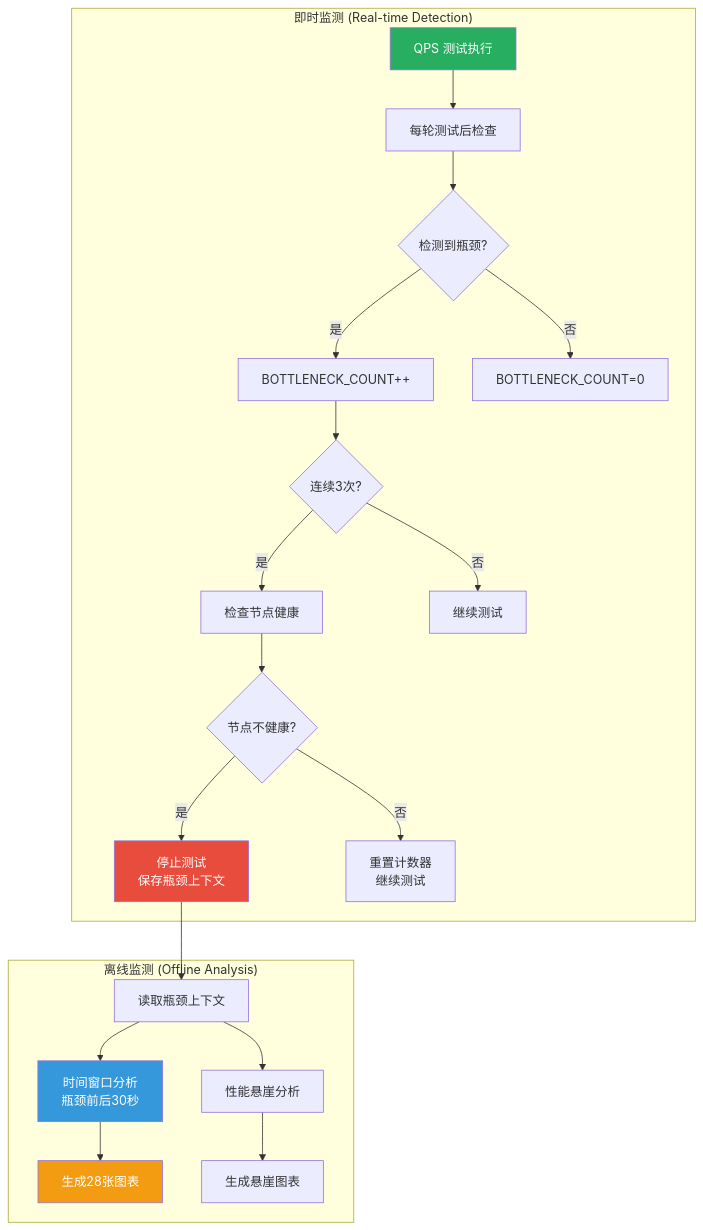
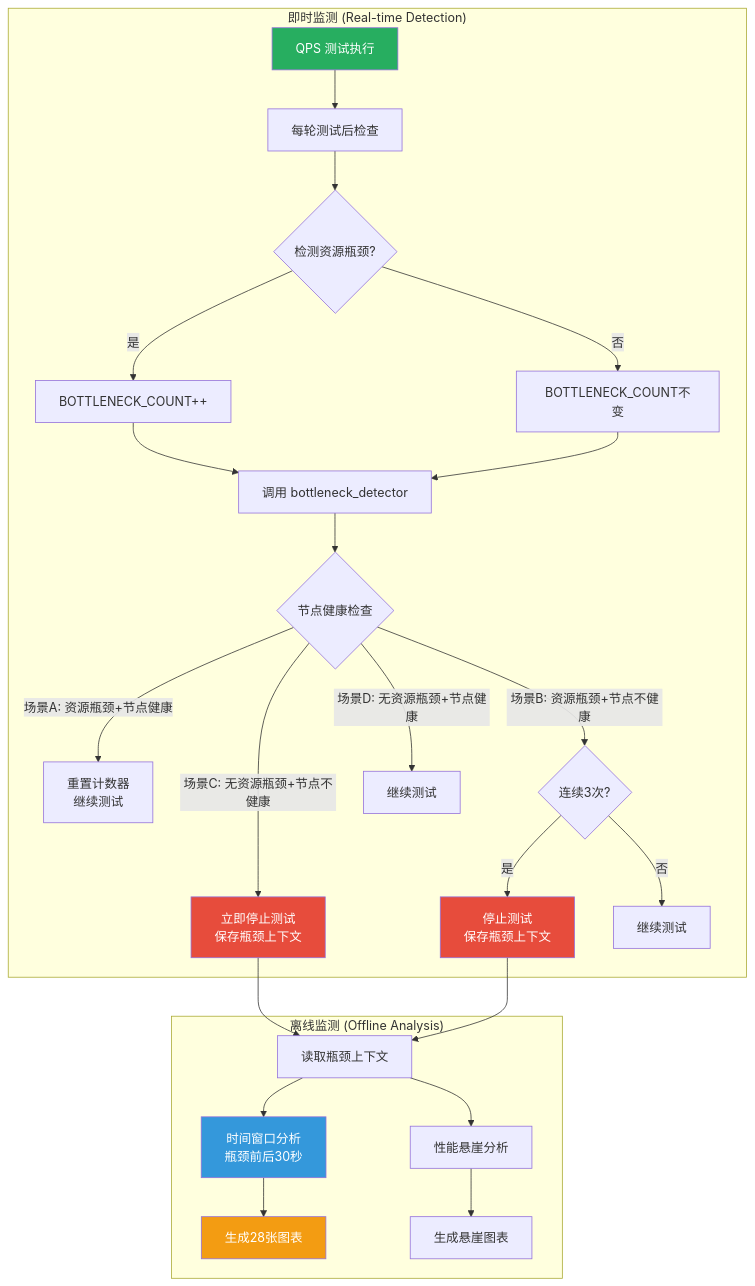
One commit to StayHungryStayFoolish/blockchain-node-benchmark changed the second of 3 diagrams in docs/monitoring-mechanism-zh.md. Above: the diagram before and after it, drawn with Mermaid. The commit also changed other lines of this file and 1 other file, not shown here.

````diff
--- a/docs/monitoring-mechanism-zh.md
+++ b/docs/monitoring-mechanism-zh.md
@@ -336,28 +336,33 @@
 ```mermaid
 graph TB
     subgraph "即时监测 (Real-time Detection)"
         A[QPS 测试执行] --> B[每轮测试后检查]
-        B --> C{检测到瓶颈?}
+        B --> C{检测资源瓶颈?}
         C -->|是| D[BOTTLENECK_COUNT++]
-        C -->|否| E[BOTTLENECK_COUNT=0]
-        D --> F{连续3次?}
-        F -->|是| G[检查节点健康]
-        F -->|否| H[继续测试]
-        G --> I{节点不健康?}
-        I -->|是| J[停止测试<br/>保存瓶颈上下文]
-        I -->|否| K[重置计数器<br/>继续测试]
+        C -->|否| E[BOTTLENECK_COUNT不变]
+        D --> F[调用 bottleneck_detector]
+        E --> F
+        F --> G{节点健康检查}
+        G -->|场景A: 资源瓶颈+节点健康| H[重置计数器<br/>继续测试]
+        G -->|场景B: 资源瓶颈+节点不健康| I{连续3次?}
+        G -->|场景C: 无资源瓶颈+节点不健康| J[立即停止测试<br/>保存瓶颈上下文]
+        G -->|场景D: 无资源瓶颈+节点健康| K[继续测试]
+        I -->|是| L[停止测试<br/>保存瓶颈上下文]
+        I -->|否| M[继续测试]
     end
     
     subgraph "离线监测 (Offline Analysis)"
-        J --> L[读取瓶颈上下文]
-        L --> M[时间窗口分析<br/>瓶颈前后30秒]
-        L --> N[性能悬崖分析]
-        M --> O[生成28张图表]
-        N --> P[生成悬崖图表]
+        J --> N[读取瓶颈上下文]
+        L --> N
+        N --> O[时间窗口分析<br/>瓶颈前后30秒]
+        N --> P[性能悬崖分析]
+        O --> Q[生成28张图表]
+        P --> R[生成悬崖图表]
     end
     
     style A fill:#27AE60,color:#fff
     style J fill:#E74C3C,color:#fff
-    style M fill:#3498DB,color:#fff
-    style O fill:#F39C12,color:#fff
+    style L fill:#E74C3C,color:#fff
+    style O fill:#3498DB,color:#fff
+    style Q fill:#F39C12,color:#fff
 ```
````
